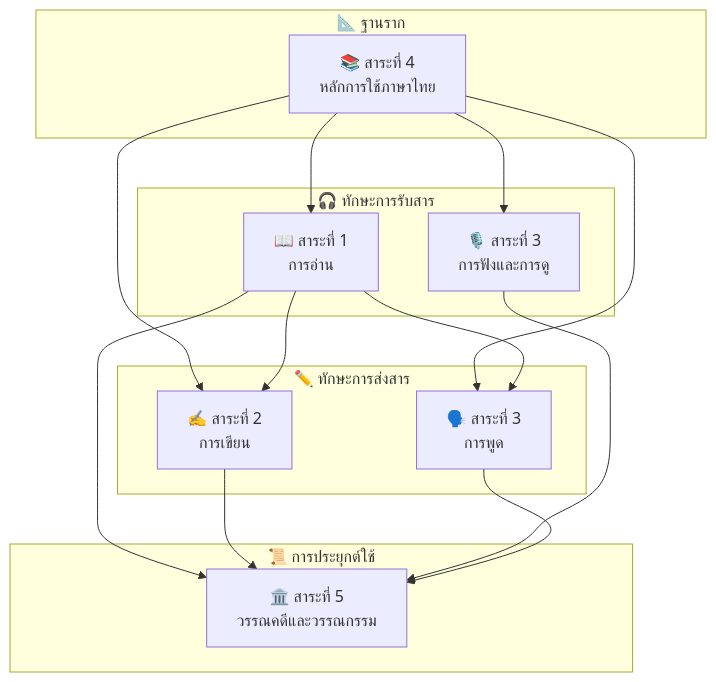
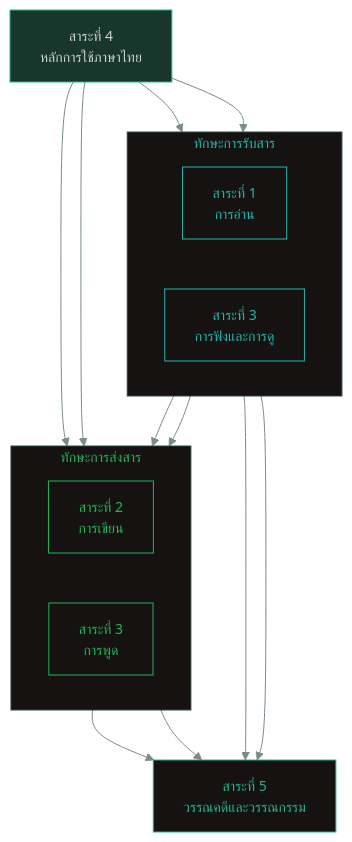
The first of 2 diagrams in ภาษาไทย/00_ภาพรวม.md (oat431/general-knowledge), drawn with Mermaid before and after one commit. The commit also changed other lines of this file and 100 other files, not shown here.

````diff
--- a/ภาษาไทย/00_ภาพรวม.md
+++ b/ภาษาไทย/00_ภาพรวม.md
@@ -20,31 +22,43 @@
 ```mermaid
+%%{init: {"theme":"base","themeVariables":{"fontFamily":"Sarabun, Leelawadee UI, system-ui, sans-serif","fontSize":"14px","background":"transparent","primaryColor":"#19362D","primaryTextColor":"#CDD3D1","primaryBorderColor":"#1FB854","secondaryColor":"#1EB88E","secondaryTextColor":"#000C07","secondaryBorderColor":"#17966F","tertiaryColor":"#1FB8AB","tertiaryTextColor":"#010C0B","tertiaryBorderColor":"#17908A","lineColor":"#7A8C87","textColor":"#CAC9C9","clusterBkg":"#161212","clusterBorder":"#3A5A50","edgeLabelBackground":"#1B1717"}}}%%
 flowchart TD
-    subgraph FOUNDATION["📐 ฐานราก"]
-        S4["📚 สาระที่ 4\nหลักการใช้ภาษาไทย"]
+    S4["สาระที่ 4<br/>หลักการใช้ภาษาไทย"]
+
+    subgraph RECEPTIVE["ทักษะการรับสาร"]
+        direction LR
+        S1["สาระที่ 1<br/>การอ่าน"]
+        S3L["สาระที่ 3<br/>การฟังและการดู"]
     end
 
-    subgraph RECEPTIVE["🎧 ทักษะการรับสาร"]
-        S1["📖 สาระที่ 1\nการอ่าน"]
-        S3L["🎙️ สาระที่ 3\nการฟังและการดู"]
+    subgraph PRODUCTIVE["ทักษะการส่งสาร"]
+        direction LR
+        S2["สาระที่ 2<br/>การเขียน"]
+        S3S["สาระที่ 3<br/>การพูด"]
     end
 
-    subgraph PRODUCTIVE["✏️ ทักษะการส่งสาร"]
-        S2["✍️ สาระที่ 2\nการเขียน"]
-        S3S["🗣️ สาระที่ 3\nการพูด"]
-    end
-
-    subgraph APPLICATION["📜 การประยุกต์ใช้"]
-        S5["🏛️ สาระที่ 5\nวรรณคดีและวรรณกรรม"]
-    end
+    S5["สาระที่ 5<br/>วรรณคดีและวรรณกรรม"]
 
     S4 --> S1
     S4 --> S2
     S4 --> S3L
     S4 --> S3S
+    S1 --> S2
+    S1 --> S3S
     S1 --> S5
     S2 --> S5
     S3L --> S5
     S3S --> S5
-    S1 --> S2
-    S1 --> S3S
+
+    classDef foundation fill:#19362D,stroke:#1EB88E,color:#CDD3D1,stroke-width:1px
+    classDef receptive fill:#161212,stroke:#1FB8AB,color:#1FB8AB,stroke-width:1px
+    classDef productive fill:#161212,stroke:#1FB854,color:#1FB854,stroke-width:1px
+    classDef application fill:#161212,stroke:#1EB88E,color:#1EB88E,stroke-width:1px
+
+    class S4 foundation
+    class S1,S3L receptive
+    class S2,S3S productive
+    class S5 application
+
+    style RECEPTIVE fill:#161212,stroke:#2A4A40,color:#1FB8AB
+    style PRODUCTIVE fill:#161212,stroke:#2A4A40,color:#1FB854
 ```
````
